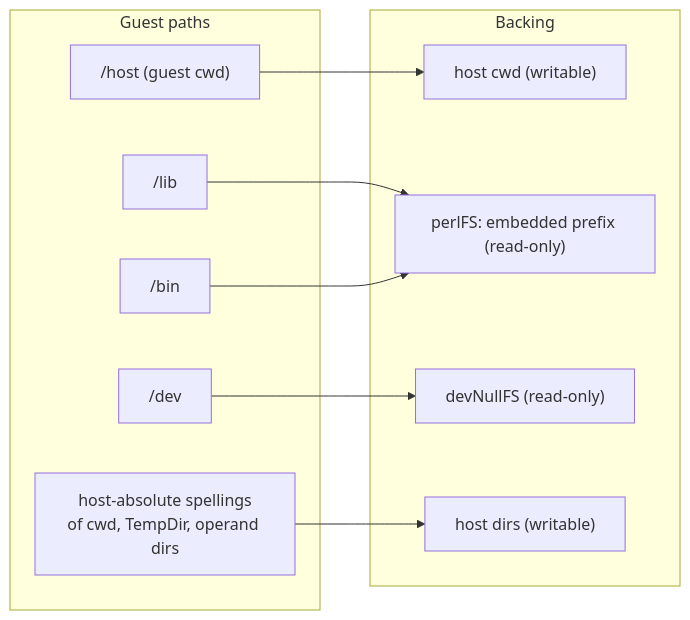
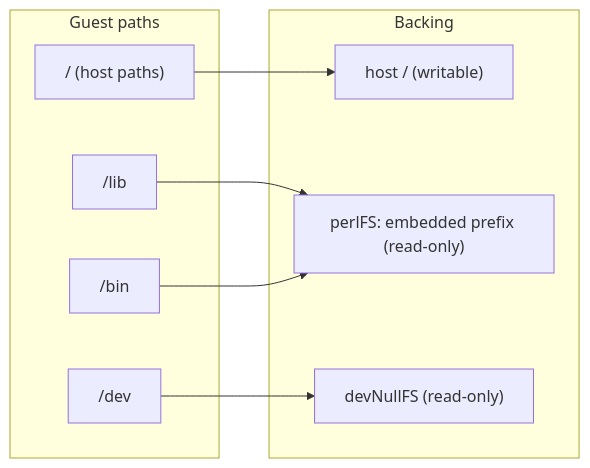
Before and after one commit to lbe/go-exiftool-wasm: the second of 6 diagrams in ARCHITECTURE.md, drawn with Mermaid. The commit also changed other lines of this file and 29 other files, not shown here.

First line of the commit message:
refactor: preopen host root and pass operands unchanged

````diff
--- a/ARCHITECTURE.md
+++ b/ARCHITECTURE.md
@@ -97,21 +92,18 @@
 ```mermaid
 flowchart LR
   subgraph guest [Guest paths]
-    G_HOST["/host (guest cwd)"]
+    G_ROOT["/ (host paths)"]
     G_LIB["/lib"]
     G_BIN["/bin"]
     G_DEV["/dev"]
-    G_ALIAS["host-absolute spellings<br/>of cwd, TempDir, operand dirs"]
   end
   subgraph hostside [Backing]
-    CWD["host cwd (writable)"]
+    HOST_ROOT["host / (writable)"]
     PERL["perlFS: embedded prefix (read-only)"]
     NULL["devNullFS (read-only)"]
-    DIRS["host dirs (writable)"]
   end
-  G_HOST --> CWD
+  G_ROOT --> HOST_ROOT
   G_LIB --> PERL
   G_BIN --> PERL
   G_DEV --> NULL
-  G_ALIAS --> DIRS
 ```
````
